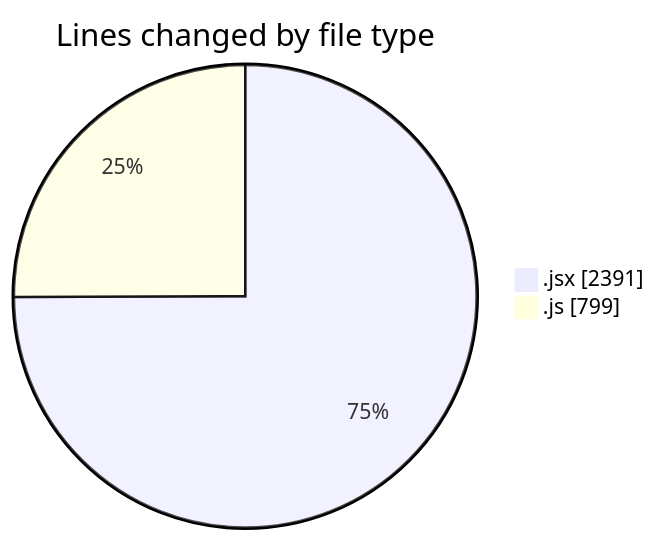
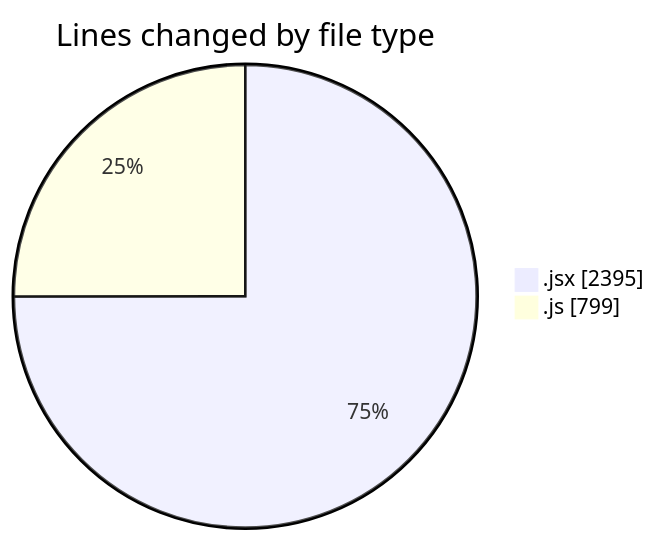
Before and after one commit to nxtqubesakshisongat/code-tracking: the first of 2 diagrams in 2025-07-14/argos/README.md, drawn with Mermaid. The commit also changed other lines of this file and 1 other file, not shown here.

````diff
--- a/2025-07-14/argos/README.md
+++ b/2025-07-14/argos/README.md
@@ -24,6 +24,6 @@
 ```mermaid
 pie showData
 title Lines changed by file type
-".jsx" : 2391
+".jsx" : 2395
 ".js" : 799
 ```
````
